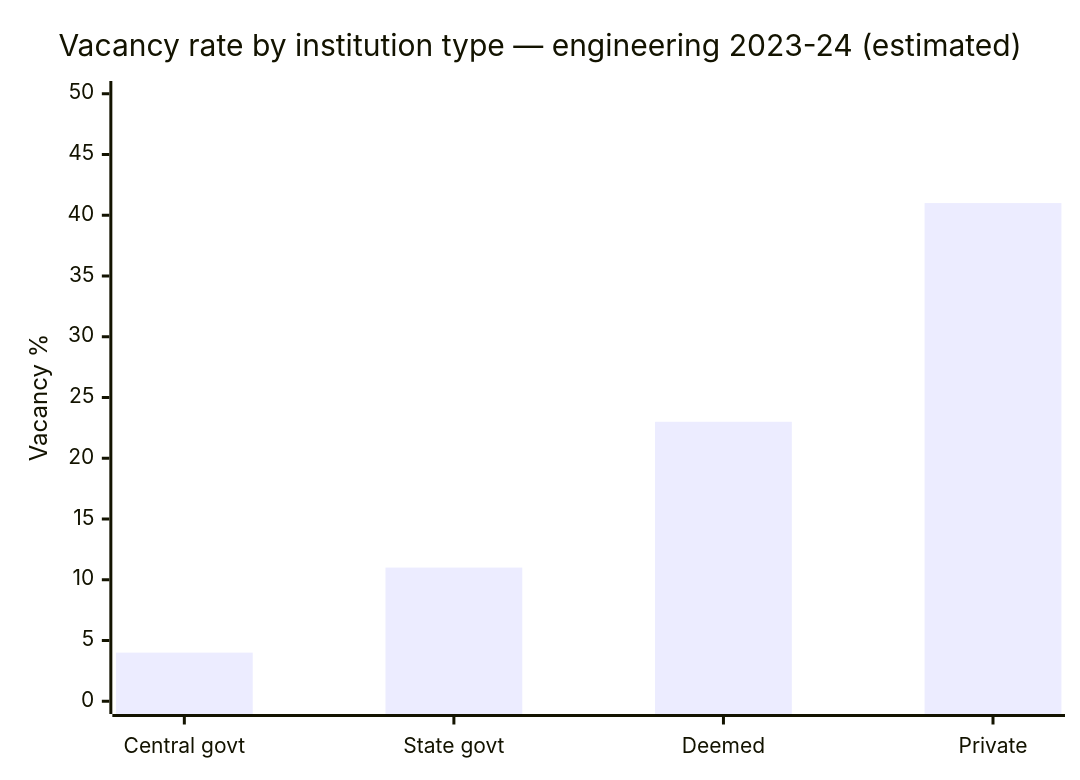
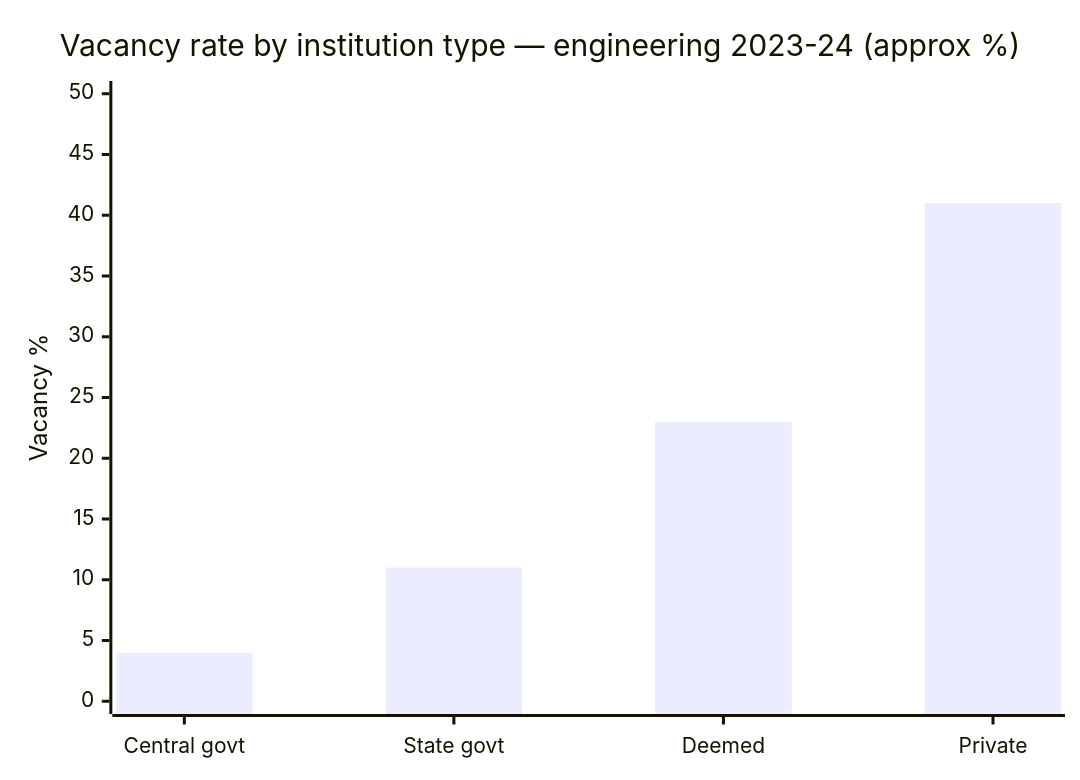
The first of 2 diagrams in Stakeholders/Institutions.mdx (aashrutsharma2/docs), drawn with Mermaid before and after one commit. The commit also changed other lines of this file and 3 other files, not shown here.

````diff
--- a/Stakeholders/Institutions.mdx
+++ b/Stakeholders/Institutions.mdx
@@ -49,7 +33,7 @@
 ```mermaid
 xychart-beta
-    title "Vacancy rate by institution type — engineering 2023-24 (estimated)"
+    title "Vacancy rate by institution type — engineering 2023-24 (approx %)"
     x-axis ["Central govt", "State govt", "Deemed", "Private"]
     y-axis "Vacancy %" 0 --> 50
     bar [4, 11, 23, 41]
 ```
````
